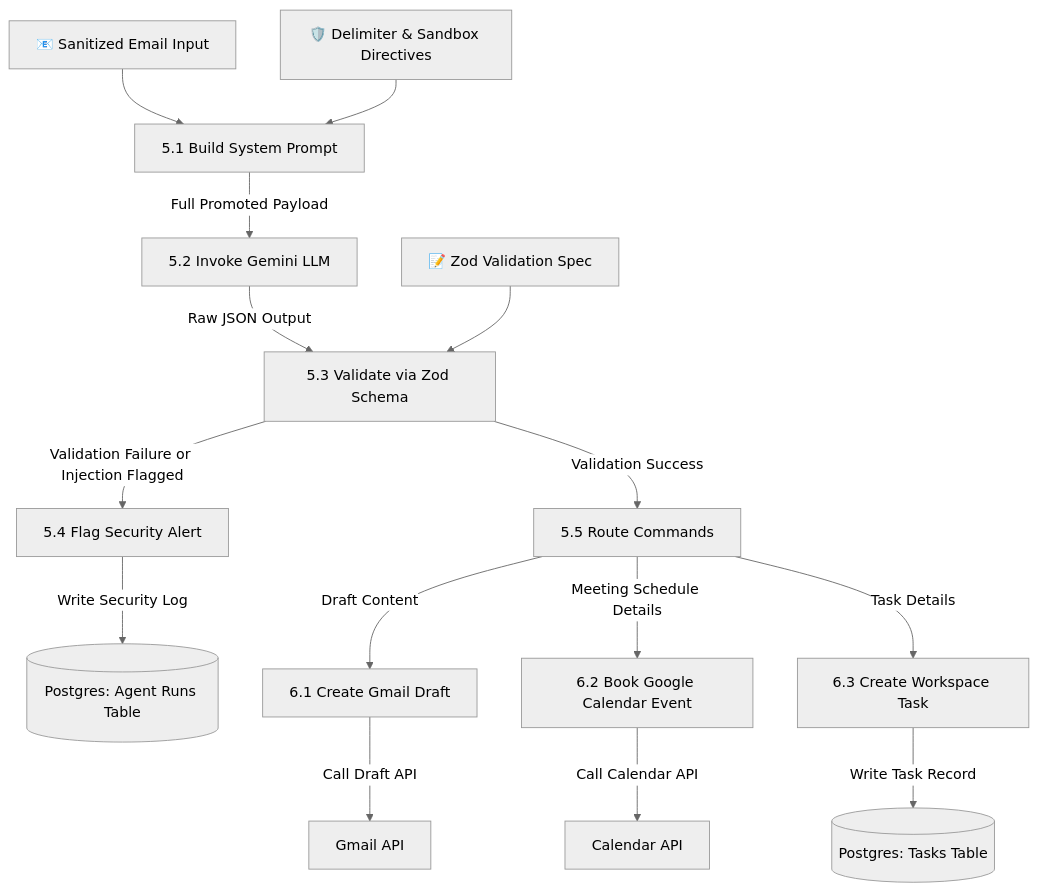
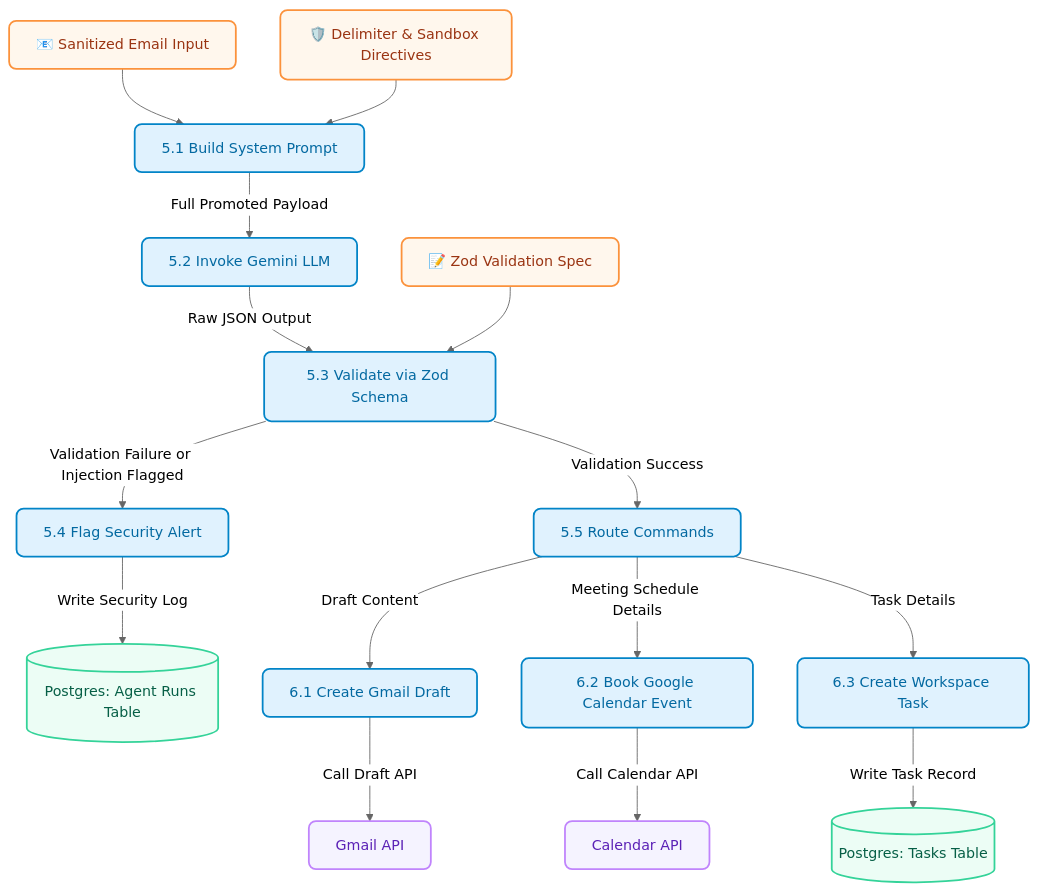
The third of 3 diagrams in README.md (ankitkuniyal/Operyn), drawn with Mermaid (neutral theme) before and after one commit. The commit also changed other lines of this file and 2 other files, not shown here.

````diff
--- a/README.md
+++ b/README.md
@@ -160,30 +187,41 @@
 ```mermaid
 graph TD
     %% Inputs
     EmailContent["📧 Sanitized Email Input"] --> P51["5.1 Build System Prompt"]
     SecurityRules["🛡️ Delimiter & Sandbox Directives"] --> P51
     
     %% Process 5.1
     P51 -->|Full Promoted Payload| P52["5.2 Invoke Gemini LLM"]
     
     %% Process 5.2
     P52 -->|Raw JSON Output| P53["5.3 Validate via Zod Schema"]
     ZodSchema["📝 Zod Validation Spec"] --> P53
     
     %% Process 5.3
     P53 -->|Validation Failure or Injection Flagged| P54["5.4 Flag Security Alert"]
     P53 -->|Validation Success| P55["5.5 Route Commands"]
     
     %% Output of 5.4
     P54 -->|Write Security Log| DS3[("Postgres: Agent Runs Table")]
     
     %% Outputs of 5.5
     P55 -->|Draft Content| P61["6.1 Create Gmail Draft"]
     P55 -->|Meeting Schedule Details| P62["6.2 Book Google Calendar Event"]
     P55 -->|Task Details| P63["6.3 Create Workspace Task"]
     
     %% Destination writes
     P61 -->|Call Draft API| GmailAPI["Gmail API"]
     P62 -->|Call Calendar API| CalendarAPI["Calendar API"]
     P63 -->|Write Task Record| DS4[("Postgres: Tasks Table")]
+
+    %% Style definitions
+    classDef input fill:#fff7ed,stroke:#fb923c,stroke-width:2px,rx:8px,ry:8px,color:#9a3412;
+    classDef process fill:#e0f2fe,stroke:#0284c7,stroke-width:2px,rx:8px,ry:8px,color:#0369a1;
+    classDef external fill:#f5f3ff,stroke:#c084fc,stroke-width:2px,rx:8px,ry:8px,color:#5b21b6;
+    classDef store fill:#ecfdf5,stroke:#34d399,stroke-width:2px,rx:8px,ry:8px,color:#065f46;
+    
+    class EmailContent,SecurityRules,ZodSchema input;
+    class P51,P52,P53,P54,P55,P61,P62,P63 process;
+    class GmailAPI,CalendarAPI external;
+    class DS3,DS4 store;
 ```
````
